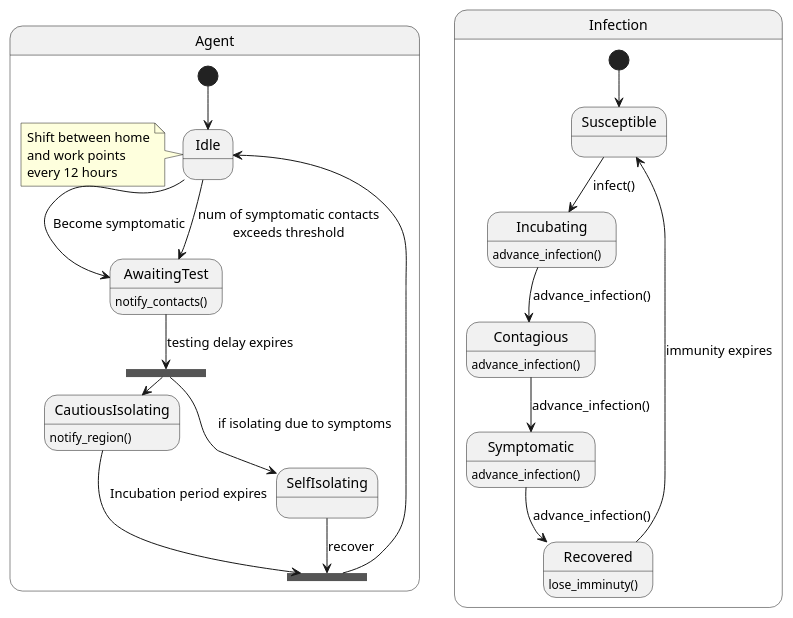
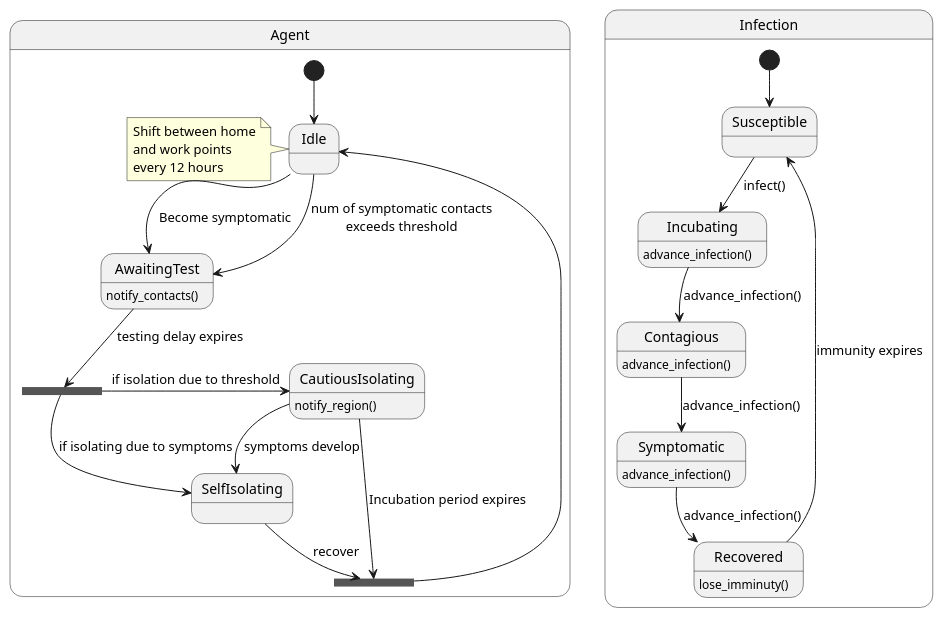
The diagram in doc/uml/src/geonotification.puml (JoshuaSFryer/multi-agent-sim), drawn with PlantUML before and after one commit. The commit also changed 2 other files, not shown here.

Commit message:
Clean up diagram, make display background grey at night

```diff
--- a/doc/uml/src/geonotification.puml
+++ b/doc/uml/src/geonotification.puml
@@ -1,37 +1,38 @@
 @startuml Mode_3_Contact_Tracing
 
 state Agent {
     [*] -down-> Idle
     note left of Idle
         Shift between home
         and work points
         every 12 hours
     end note
     Idle -down-> AwaitingTest : Become symptomatic
     Idle -down-> AwaitingTest : num of symptomatic contacts\nexceeds threshold
-    state fork_state <<fork>>
+    state isolation_fork <<fork>>
     AwaitingTest : notify_contacts()
-    AwaitingTest -down-> fork_state : testing delay expires
-    fork_state -down-> SelfIsolating : if isolating due to symptoms
-    fork_state -right-> CautiousIsolating : if isolation due to threshold
+    AwaitingTest -down-> isolation_fork : testing delay expires
+    isolation_fork -down-> SelfIsolating : if isolating due to symptoms
+    isolation_fork -right-> CautiousIsolating : if isolation due to threshold
     state join_state <<join>>
     SelfIsolating --> join_state : recover
     CautiousIsolating --> join_state : Incubation period expires
+    CautiousIsolating --> SelfIsolating : symptoms develop
     CautiousIsolating : notify_region()
     join_state --> Idle
 }
     
 state Infection {
     [*] --> Susceptible
     Susceptible --> Incubating : infect()
     Incubating : advance_infection()
     Incubating --> Contagious : advance_infection()
     Contagious : advance_infection()
     Contagious --> Symptomatic : advance_infection()
     Symptomatic : advance_infection()
     Symptomatic --> Recovered : advance_infection()
     Recovered: lose_imminuty()
     Recovered --> Susceptible : immunity expires
 }
 
 @enduml
```
